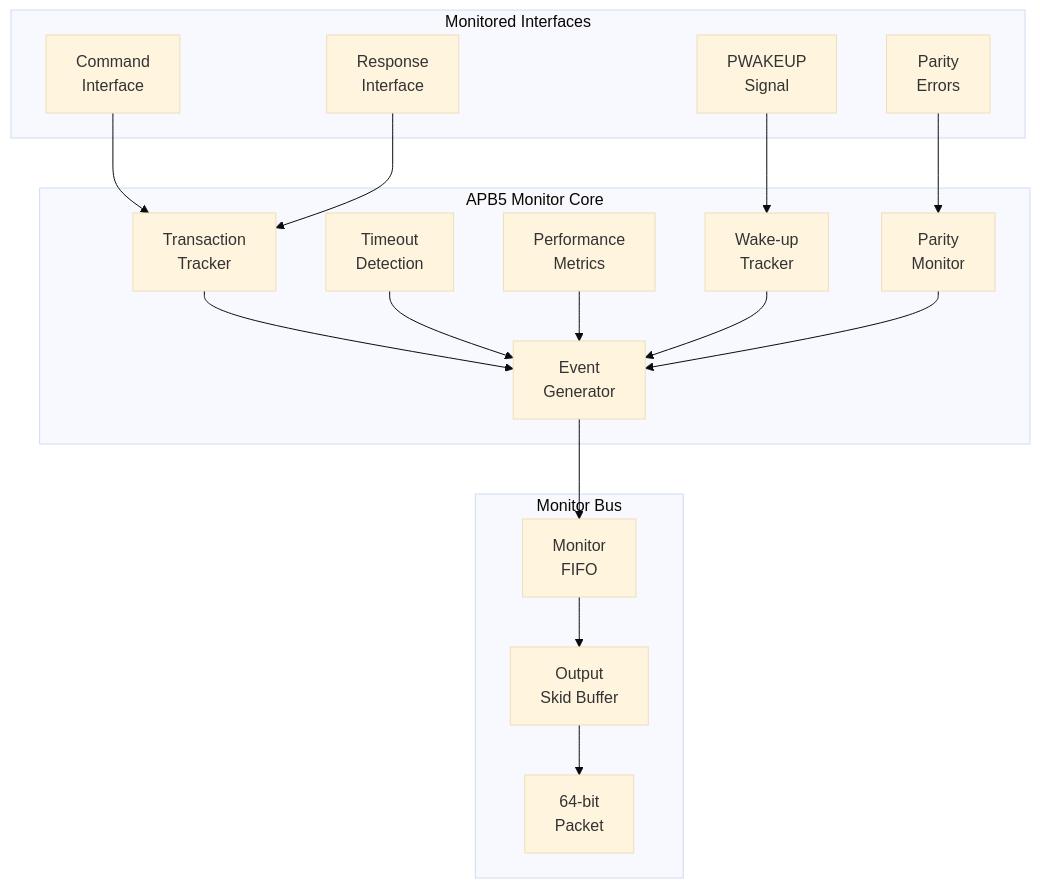
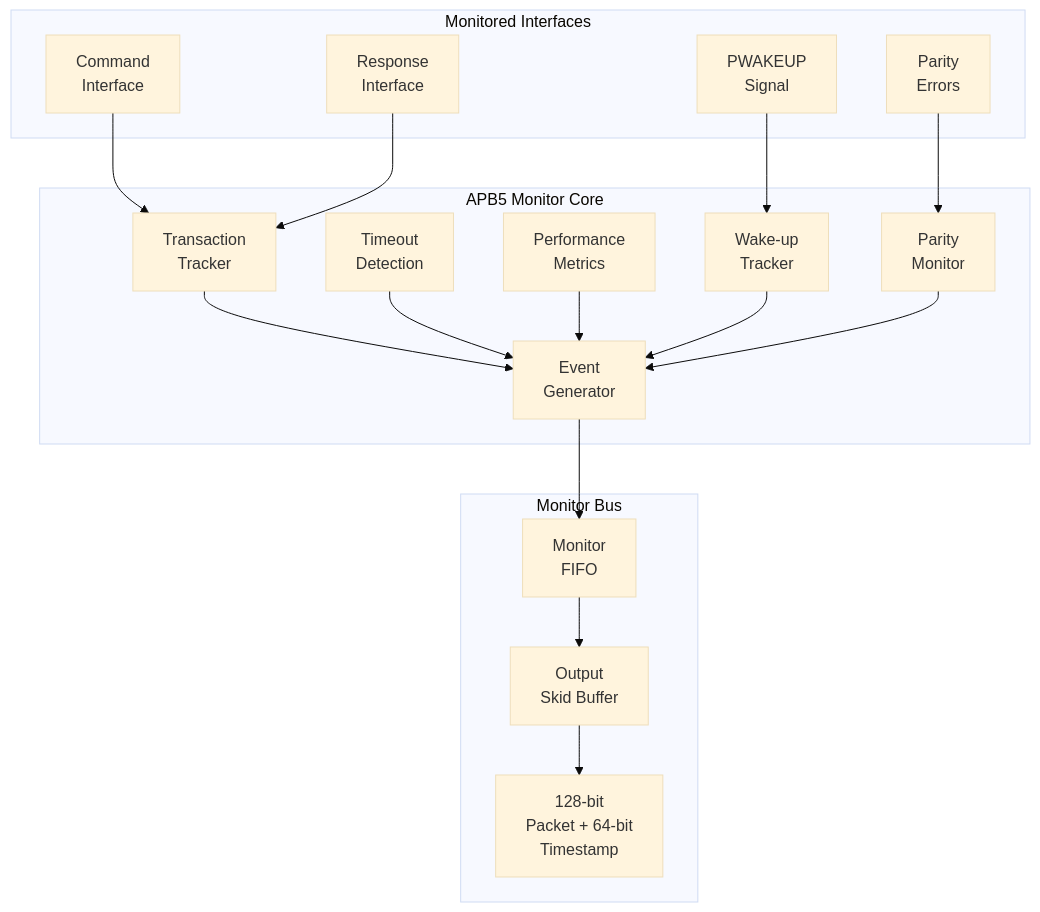
Before and after one commit to sean-galloway/RTLDesignSherpa: the first of 3 diagrams in docs/markdown/RTLAmba/apb5/apb5_monitor.md, drawn with Mermaid (base theme). The commit also changed other lines of this file and 28 other files, not shown here.

First line of the commit message:
docs(amba/monitor): sync wrapper + shared docs with 128-bit monbus packet

````diff
--- a/docs/markdown/RTLAmba/apb5/apb5_monitor.md
+++ b/docs/markdown/RTLAmba/apb5/apb5_monitor.md
@@ -51,39 +51,39 @@
 ```mermaid
 flowchart TB
     subgraph INPUTS["Monitored Interfaces"]
         cmd["Command<br/>Interface"]
         rsp["Response<br/>Interface"]
         wake["PWAKEUP<br/>Signal"]
         parity["Parity<br/>Errors"]
     end
 
     subgraph MONITOR["APB5 Monitor Core"]
         trans_track["Transaction<br/>Tracker"]
         timeout["Timeout<br/>Detection"]
         perf["Performance<br/>Metrics"]
         wake_track["Wake-up<br/>Tracker"]
         parity_track["Parity<br/>Monitor"]
         event_gen["Event<br/>Generator"]
     end
 
     subgraph OUTPUT["Monitor Bus"]
         fifo["Monitor<br/>FIFO"]
         skid["Output<br/>Skid Buffer"]
-        monbus["64-bit<br/>Packet"]
+        monbus["128-bit<br/>Packet + 64-bit<br/>Timestamp"]
     end
 
     cmd --> trans_track
     rsp --> trans_track
     wake --> wake_track
     parity --> parity_track
 
     trans_track --> event_gen
     timeout --> event_gen
     perf --> event_gen
     wake_track --> event_gen
     parity_track --> event_gen
 
     event_gen --> fifo
     fifo --> skid
     skid --> monbus
 ```
````
